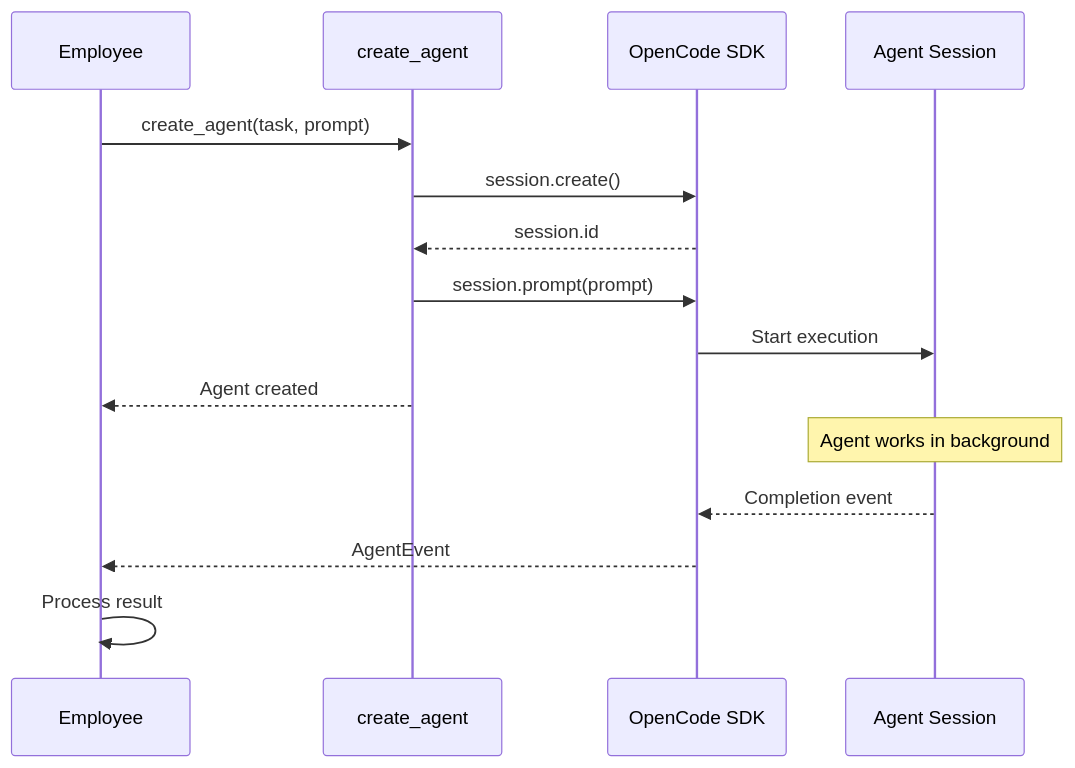
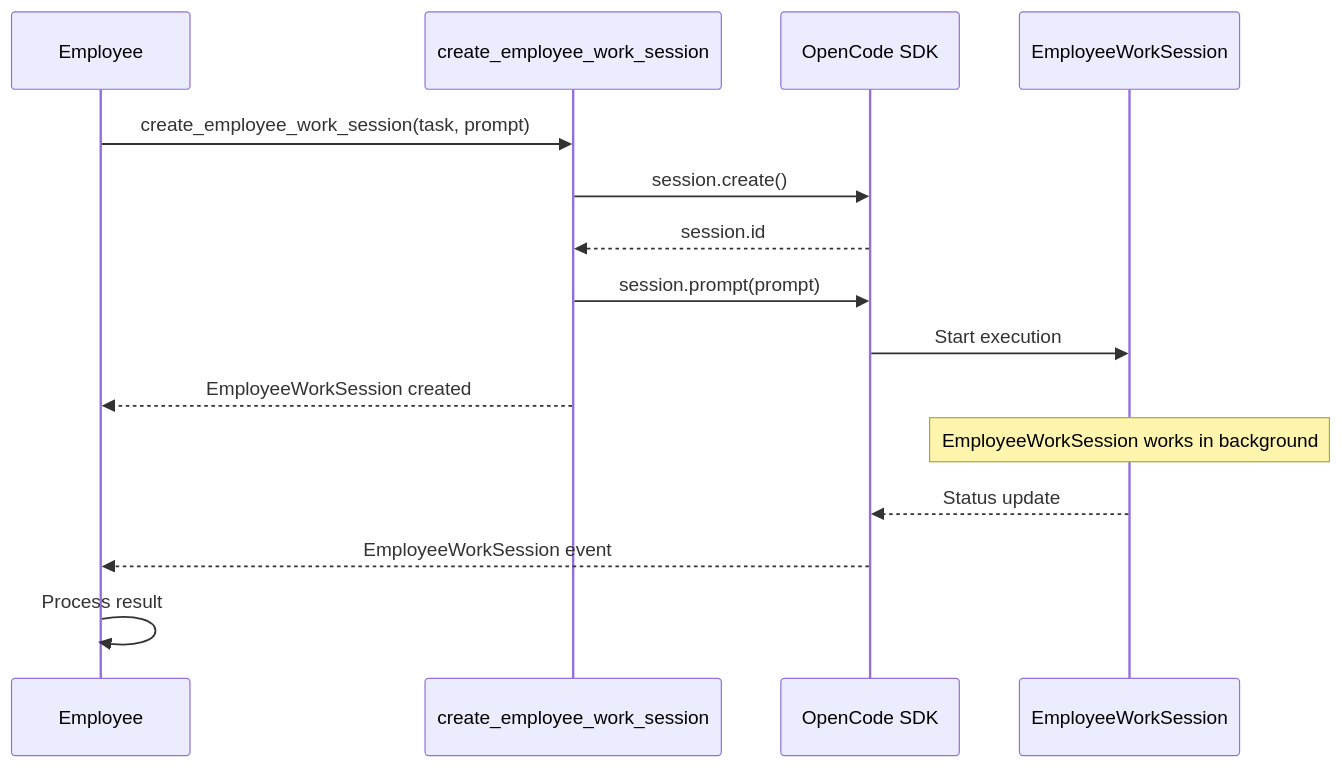
The fifth of 6 diagrams in docs/design.md (fkxxyz/opencode-cclover), drawn with Mermaid before and after one commit. The commit also changed other lines of this file and 179 other files, not shown here.

Commit message:
feat: migrate runtime to employee work sessions

````diff
--- a/docs/design.md
+++ b/docs/design.md
@@ -249,20 +249,20 @@
 ```mermaid
 sequenceDiagram
     participant E as Employee
-    participant Tool as create_agent
+    participant Tool as create_employee_work_session
     participant SDK as OpenCode SDK
-    participant Agent as Agent Session
+    participant EWS as EmployeeWorkSession
 
-    E->>Tool: create_agent(task, prompt)
+    E->>Tool: create_employee_work_session(task, prompt)
     Tool->>SDK: session.create()
     SDK-->>Tool: session.id
     Tool->>SDK: session.prompt(prompt)
-    SDK->>Agent: Start execution
-    Tool-->>E: Agent created
+    SDK->>EWS: Start execution
+    Tool-->>E: EmployeeWorkSession created
 
-    Note over Agent: Agent works in background
+    Note over EWS: EmployeeWorkSession works in background
 
-    Agent-->>SDK: Completion event
-    SDK-->>E: AgentEvent
+    EWS-->>SDK: Status update
+    SDK-->>E: EmployeeWorkSession event
     E->>E: Process result
 ```
````
